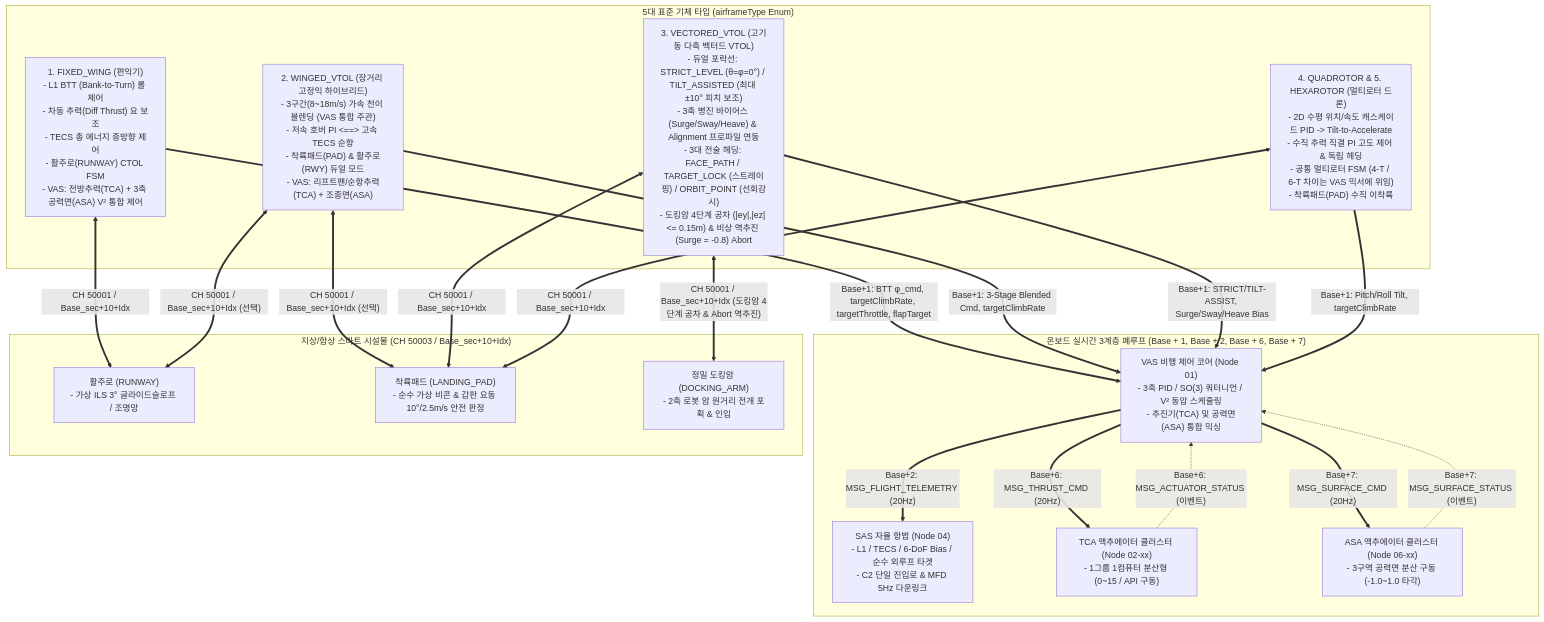
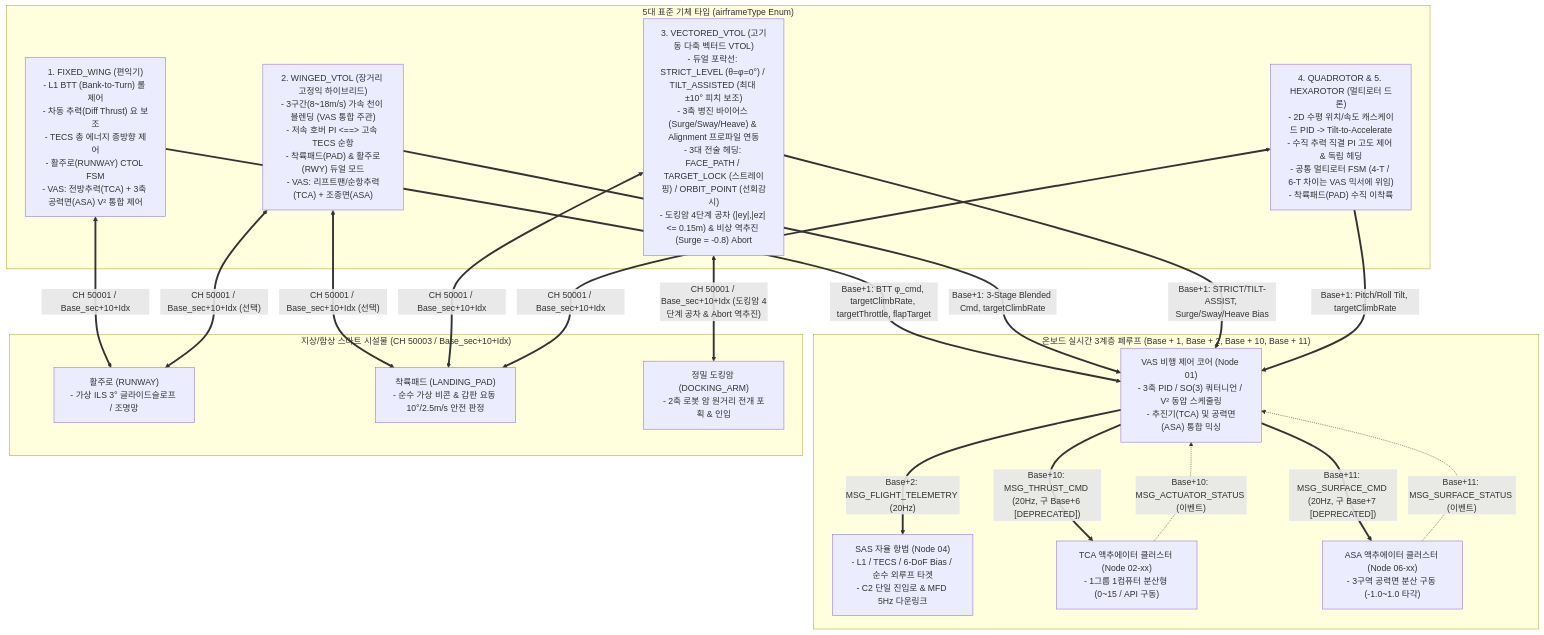
Before and after one commit to Polimachi/Aeroneutics_Autopilot: the second of 9 diagrams in docs/system/SYSTEM_PROGRAM_RELATION_AND_PACKET_DIAGRAM.md, drawn with Mermaid. The commit also changed other lines of this file and 30 other files, not shown here.

First line of the commit message:
docs: refactor system specifications to 40-channel internal zone architecture

````diff
--- a/docs/system/SYSTEM_PROGRAM_RELATION_AND_PACKET_DIAGRAM.md
+++ b/docs/system/SYSTEM_PROGRAM_RELATION_AND_PACKET_DIAGRAM.md
@@ -159,43 +166,43 @@
 ```mermaid
 flowchart TD
     subgraph KINEMATICS["5대 표준 기체 타입 (airframeType Enum)"]
         FW["1. FIXED_WING (편익기)<br/>- L1 BTT (Bank-to-Turn) 롤 제어<br/>- 차동 추력(Diff Thrust) 요 보조<br/>- TECS 총 에너지 종방향 제어<br/>- 활주로(RUNWAY) CTOL FSM<br/>- VAS: 전방추력(TCA) + 3축 공력면(ASA) V² 통합 제어"]
         
         W_VTOL["2. WINGED_VTOL (장거리 고정익 하이브리드)<br/>- 3구간(8~18m/s) 가속 천이 블렌딩 (VAS 통합 주관)<br/>- 저속 호버 PI <==> 고속 TECS 순항<br/>- 착륙패드(PAD) & 활주로(RWY) 듀얼 모드<br/>- VAS: 리프트팬/순항추력(TCA) + 조종면(ASA)"]
         
         V_VTOL["3. VECTORED_VTOL (고기동 다축 벡터드 VTOL)<br/>- 듀얼 포락선: STRICT_LEVEL (θ=φ=0°) / TILT_ASSISTED (최대 ±10° 피치 보조)<br/>- 3축 병진 바이어스 (Surge/Sway/Heave) & Alignment 프로파일 연동<br/>- 3대 전술 헤딩: FACE_PATH / TARGET_LOCK (스트레이핑) / ORBIT_POINT (선회감시)<br/>- 도킹암 4단계 공차 (|ey|,|ez| <= 0.15m) & 비상 역추진 (Surge = -0.8) Abort"]
         
         DRONES["4. QUADROTOR & 5. HEXAROTOR (멀티로터 드론)<br/>- 2D 수평 위치/속도 캐스케이드 PID -> Tilt-to-Accelerate<br/>- 수직 추력 직결 PI 고도 제어 & 독립 헤딩<br/>- 공통 멀티로터 FSM (4-T / 6-T 차이는 VAS 믹서에 위임)<br/>- 착륙패드(PAD) 수직 이착륙"]
     end
 
-    subgraph INNER_LOOP["온보드 실시간 3계층 폐루프 (Base + 1, Base + 2, Base + 6, Base + 7)"]
+    subgraph INNER_LOOP["온보드 실시간 3계층 폐루프 (Base + 1, Base + 2, Base + 10, Base + 11)"]
         UAP_NODE["SAS 자율 항법 (Node 04)<br/>- L1 / TECS / 6-DoF Bias / 순수 외루프 타겟<br/>- C2 단일 진입로 & MFD 5Hz 다운링크"]
         CORE_NODE["VAS 비행 제어 코어 (Node 01)<br/>- 3축 PID / SO(3) 쿼터니언 / V² 동압 스케줄링<br/>- 추진기(TCA) 및 공력면(ASA) 통합 믹싱"]
         TAP_NODE["TCA 액추에이터 클러스터 (Node 02-xx)<br/>- 1그룹 1컴퓨터 분산형 (0~15 / API 구동)"]
         WAP_NODE["ASA 액추에이터 클러스터 (Node 06-xx)<br/>- 3구역 공력면 분산 구동 (-1.0~1.0 타각)"]
     end
 
     subgraph FACILITIES["지상/함상 스마트 시설물 (CH 50003 / Base_sec+10+Idx)"]
         FAC_RWY["활주로 (RUNWAY)<br/>- 가상 ILS 3° 글라이드슬로프 / 조명망"]
         FAC_PAD_NODE["착륙패드 (LANDING_PAD)<br/>- 순수 가상 비콘 & 갑판 요동 10°/2.5m/s 안전 판정"]
         FAC_ARM["정밀 도킹암 (DOCKING_ARM)<br/>- 2축 로봇 암 원거리 전개 포획 & 인입"]
     end
 
     FW ==>|"Base+1: BTT φ_cmd, targetClimbRate, targetThrottle, flapTarget"| CORE_NODE
     W_VTOL ==>|"Base+1: 3-Stage Blended Cmd, targetClimbRate"| CORE_NODE
     V_VTOL ==>|"Base+1: STRICT/TILT-ASSIST, Surge/Sway/Heave Bias"| CORE_NODE
     DRONES ==>|"Base+1: Pitch/Roll Tilt, targetClimbRate"| CORE_NODE
 
-    CORE_NODE ==>|"Base+6: MSG_THRUST_CMD (20Hz)"| TAP_NODE
-    TAP_NODE -.->|"Base+6: MSG_ACTUATOR_STATUS (이벤트)"| CORE_NODE
-    CORE_NODE ==>|"Base+7: MSG_SURFACE_CMD (20Hz)"| WAP_NODE
-    WAP_NODE -.->|"Base+7: MSG_SURFACE_STATUS (이벤트)"| CORE_NODE
+    CORE_NODE ==>|"Base+10: MSG_THRUST_CMD (20Hz, 구 Base+6 [DEPRECATED])"| TAP_NODE
+    TAP_NODE -.->|"Base+10: MSG_ACTUATOR_STATUS (이벤트)"| CORE_NODE
+    CORE_NODE ==>|"Base+11: MSG_SURFACE_CMD (20Hz, 구 Base+7 [DEPRECATED])"| WAP_NODE
+    WAP_NODE -.->|"Base+11: MSG_SURFACE_STATUS (이벤트)"| CORE_NODE
     CORE_NODE ==>|"Base+2: MSG_FLIGHT_TELEMETRY (20Hz)"| UAP_NODE
 
     FW <==>|"CH 50001 / Base_sec+10+Idx"| FAC_RWY
     W_VTOL <==>|"CH 50001 / Base_sec+10+Idx (선택)"| FAC_PAD_NODE
     W_VTOL <==>|"CH 50001 / Base_sec+10+Idx (선택)"| FAC_RWY
     V_VTOL <==>|"CH 50001 / Base_sec+10+Idx (도킹암 4단계 공차 & Abort 역추진)"| FAC_ARM
     V_VTOL <==>|"CH 50001 / Base_sec+10+Idx"| FAC_PAD_NODE
     DRONES <==>|"CH 50001 / Base_sec+10+Idx"| FAC_PAD_NODE
 ```
````
